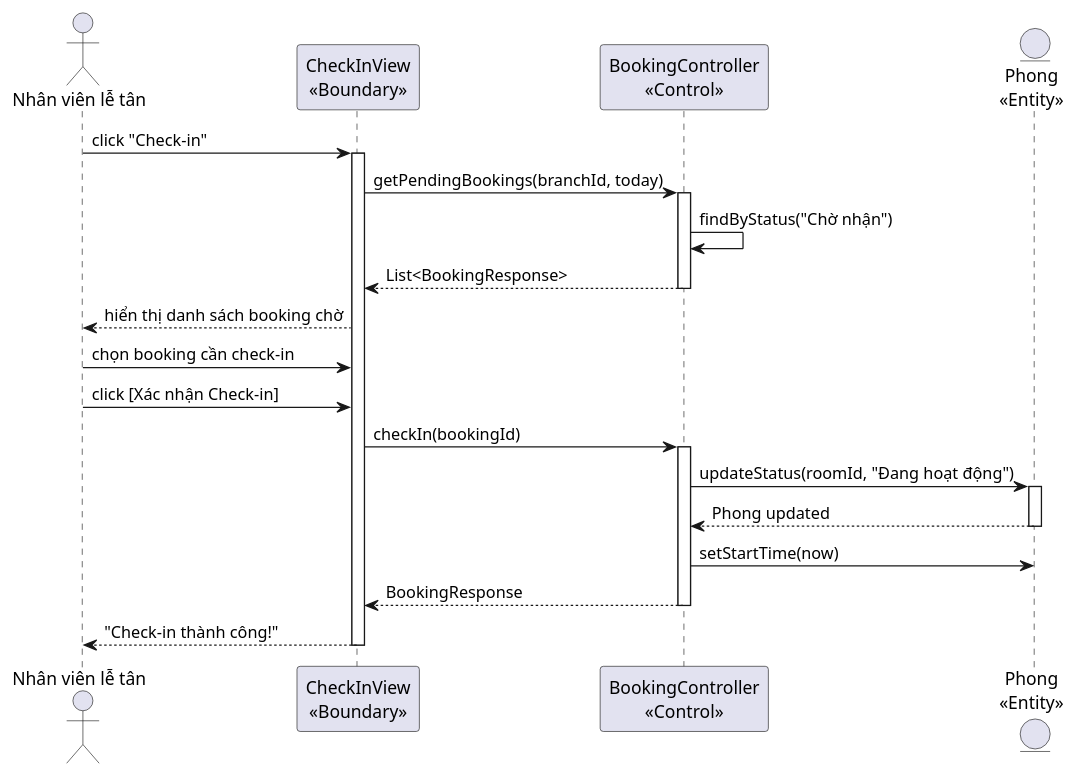
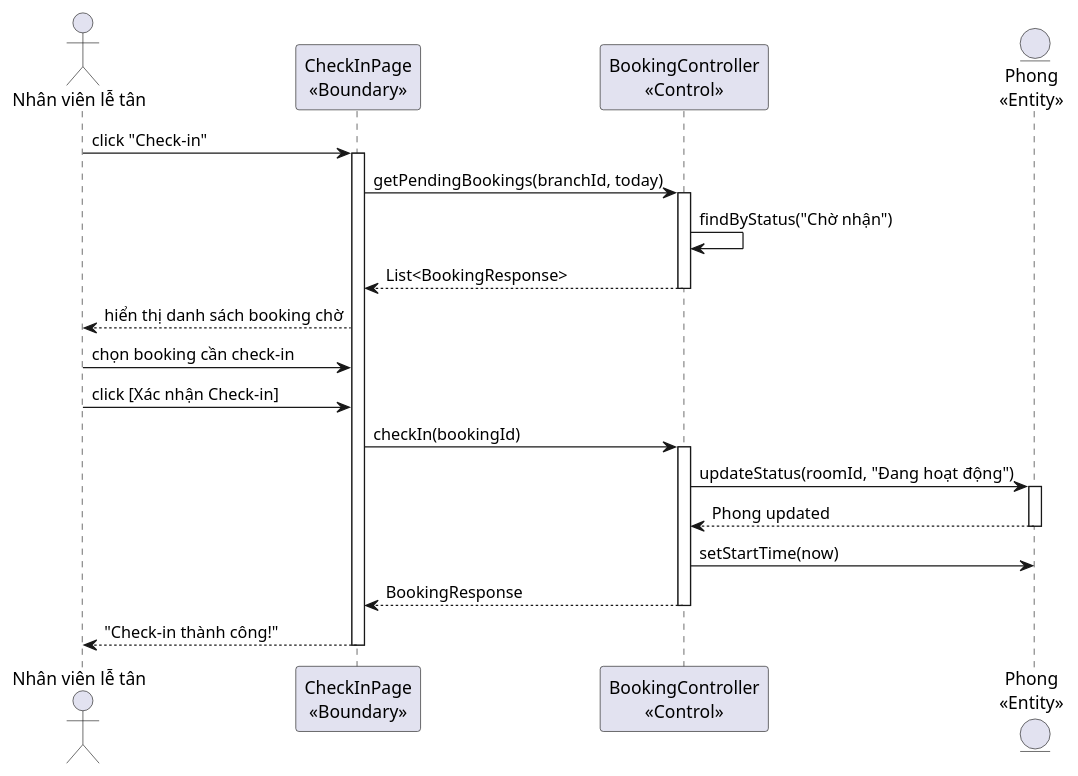
One commit to thanhtrnnn/cnpm changed the second of 4 diagrams in docs/tabs/section-booking-iii.4.md. Above: the diagram before and after it, drawn with PlantUML. The commit also changed other lines of this file and 1 other file, not shown here.

First line of the commit message:
fix: update sequence diagram narrative with React class names

````diff
--- a/docs/tabs/section-booking-iii.4.md
+++ b/docs/tabs/section-booking-iii.4.md
@@ -119,31 +119,31 @@
 ```plantuml
 @startuml
 actor "Nhân viên lễ tân" as NV
-participant "CheckInView\n<<Boundary>>" as CheckIn
+participant "CheckInPage\n<<Boundary>>" as CheckIn
 participant "BookingController\n<<Control>>" as Ctrl
 entity "Phong\n<<Entity>>" as Phong
 
 NV -> CheckIn: click "Check-in"
 activate CheckIn
 CheckIn -> Ctrl: getPendingBookings(branchId, today)
 activate Ctrl
 Ctrl -> Ctrl: findByStatus("Chờ nhận")
 Ctrl --> CheckIn: List<BookingResponse>
 deactivate Ctrl
 CheckIn --> NV: hiển thị danh sách booking chờ
 
 NV -> CheckIn: chọn booking cần check-in
 NV -> CheckIn: click [Xác nhận Check-in]
 CheckIn -> Ctrl: checkIn(bookingId)
 activate Ctrl
 Ctrl -> Phong: updateStatus(roomId, "Đang hoạt động")
 activate Phong
 Phong --> Ctrl: Phong updated
 deactivate Phong
 Ctrl -> Phong: setStartTime(now)
 Ctrl --> CheckIn: BookingResponse
 deactivate Ctrl
 CheckIn --> NV: "Check-in thành công!"
 deactivate CheckIn
 @enduml
 ```
````
